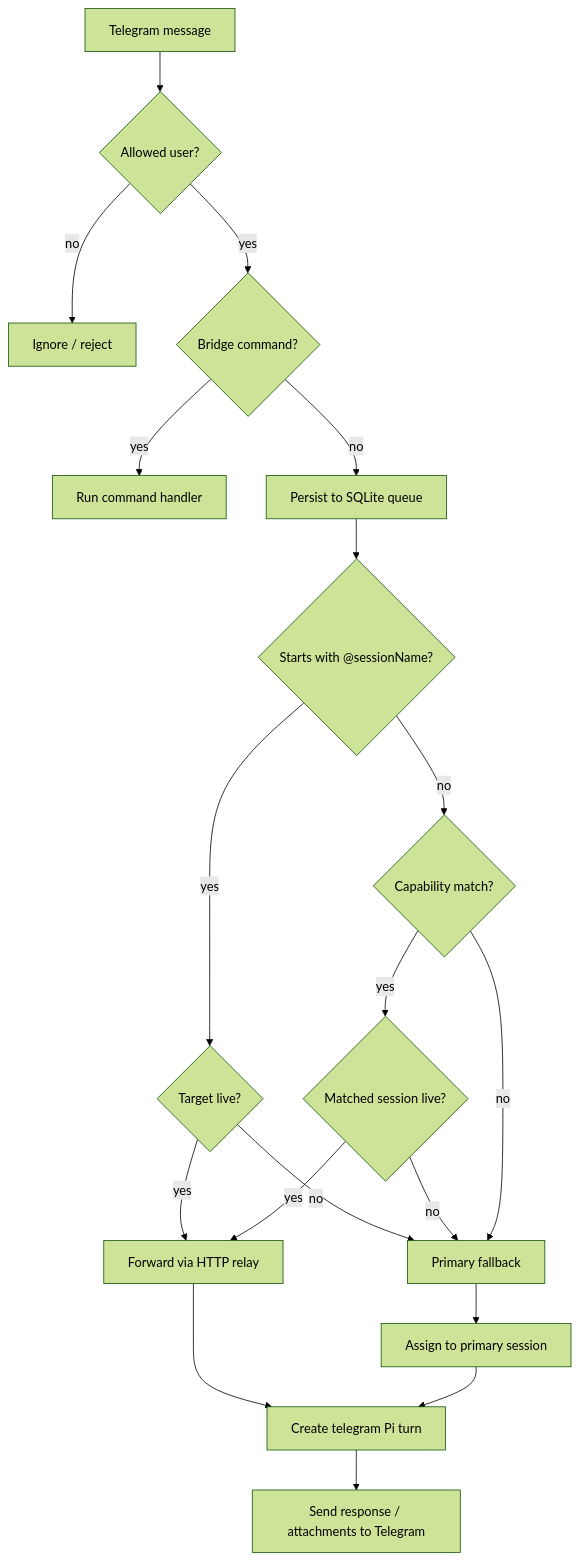
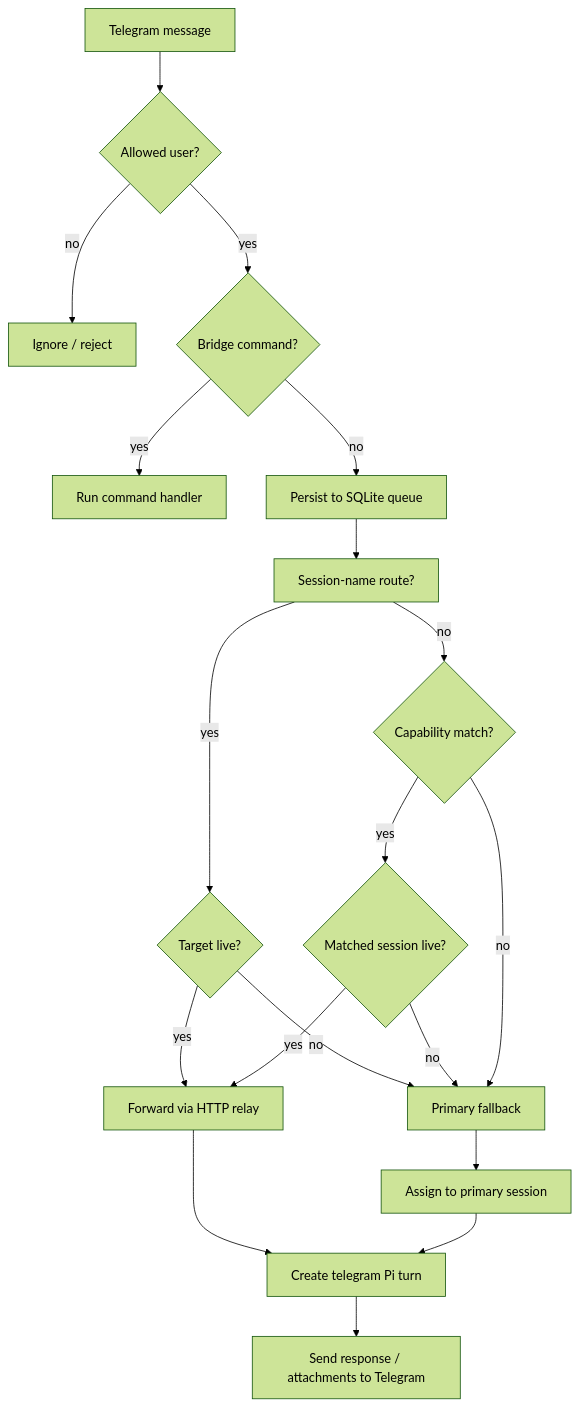
One commit to abhaymin/pi-teleg changed the seventh of 11 diagrams in README.md. Above: the diagram before and after it, drawn with Mermaid (forest theme).

Commit message:
Fix README mermaid diagram

````diff
--- a/README.md
+++ b/README.md
@@ -317,21 +317,21 @@
 ```mermaid
 flowchart TD
   Msg[Telegram message] --> Auth{Allowed user?}
   Auth -- no --> Reject[Ignore / reject]
   Auth -- yes --> Command{Bridge command?}
   Command -- yes --> Cmd[Run command handler]
   Command -- no --> Persist[Persist to SQLite queue]
-  Persist --> Direct{Starts with @sessionName?}
+  Persist --> Direct[Session-name route?]
   Direct -- yes --> LiveTarget{Target live?}
   LiveTarget -- yes --> Relay[Forward via HTTP relay]
   LiveTarget -- no --> Fallback[Primary fallback]
   Direct -- no --> Match{Capability match?}
   Match -- yes --> CapLive{Matched session live?}
   CapLive -- yes --> Relay
   CapLive -- no --> Fallback
   Match -- no --> Fallback
   Fallback --> Primary[Assign to primary session]
   Relay --> Turn[Create telegram Pi turn]
   Primary --> Turn
   Turn --> Reply[Send response / attachments to Telegram]
 ```
````
